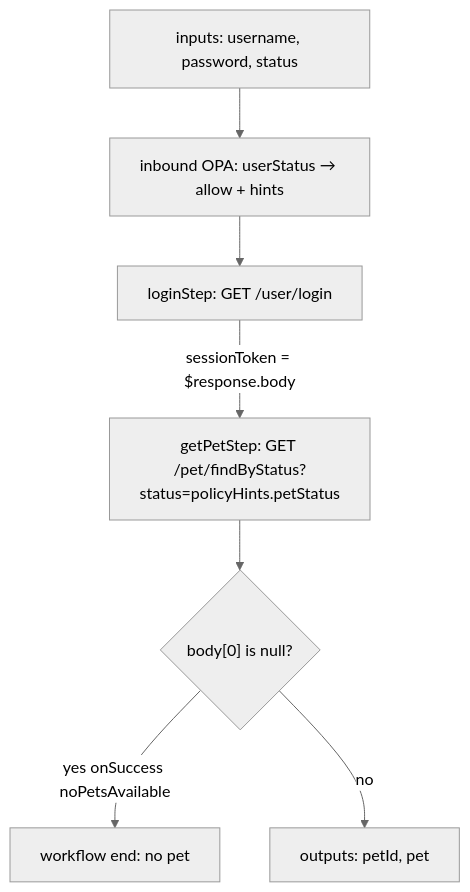
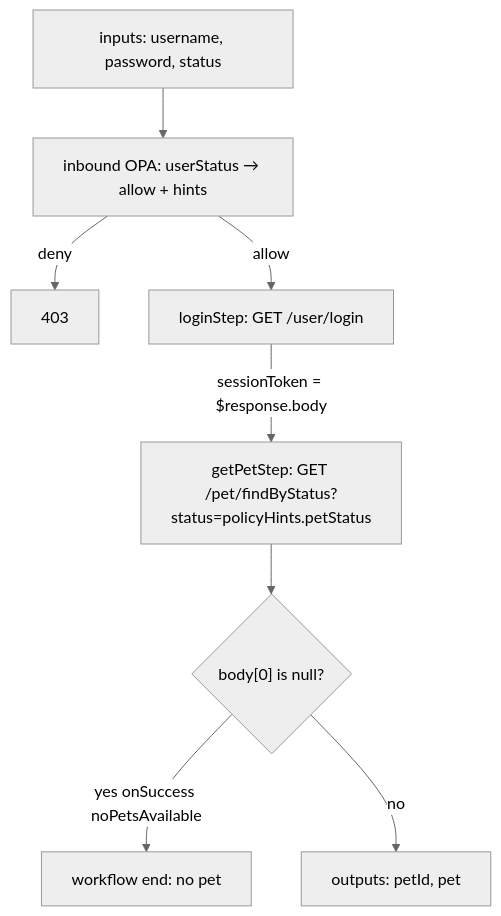
The third of 9 diagrams in examples/petstore/README.md (mevansam/context-mesh-engine), drawn with Mermaid (neutral theme) before and after one commit. The commit also changed other lines of this file, not shown here.

First line of the commit message:
Enhance Petstore README with detailed workflow diagrams and call sequences

````diff
--- a/examples/petstore/README.md
+++ b/examples/petstore/README.md
@@ -203,17 +205,19 @@
 ```mermaid
 flowchart TB
   IN["inputs: username, password, status"]
   POL["inbound OPA: userStatus → allow + hints"]
+  DENY["403"]
   L["loginStep: GET /user/login"]
   G["getPetStep: GET /pet/findByStatus?status=policyHints.petStatus"]
   EMPTY{"body[0] is null?"}
   END["workflow end: no pet"]
   OUT["outputs: petId, pet"]
 
   IN --> POL
-  POL --> L
+  POL -->|deny| DENY
+  POL -->|allow| L
   L -->|"sessionToken = $response.body"| G
   G --> EMPTY
   EMPTY -->|yes onSuccess noPetsAvailable| END
   EMPTY -->|no| OUT
 ```
````
